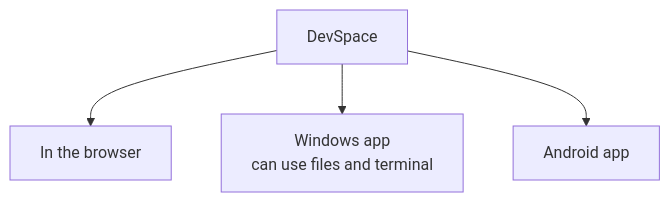
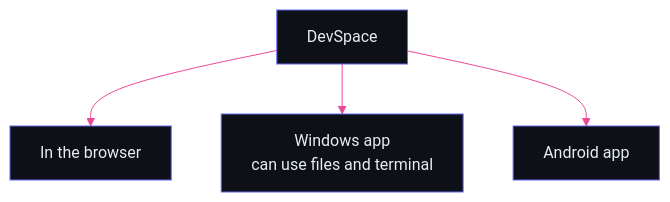
One commit to F0rger123/devspace changed the second of 3 diagrams in README.md. Above: the diagram before and after it, drawn with Mermaid. The commit also changed other lines of this file, not shown here.

Commit message:
docs: refresh README (colored diagrams, current visibility and description) [skip ci]

````diff
--- a/README.md
+++ b/README.md
@@ -67,6 +68,7 @@
 ```mermaid
+%%{init: {'theme':'base','themeVariables':{'primaryColor':'#0d1117','primaryTextColor':'#e6edf3','primaryBorderColor':'#6366f1','lineColor':'#ec4899','secondaryColor':'#161b22','tertiaryColor':'#0d1117','clusterBkg':'transparent','clusterBorder':'#6366f1','noteBkgColor':'#161b22','noteTextColor':'#e6edf3','actorBkg':'#0d1117','actorTextColor':'#e6edf3','actorBorder':'#6366f1','signalColor':'#ec4899','signalTextColor':'#ec4899','labelBoxBkgColor':'#0d1117','fontFamily':'inherit'}}}%%
 flowchart TB
     Core["DevSpace"] --> Web["In the browser"]
     Core --> Win["Windows app<br/>can use files and terminal"]
     Core --> Android["Android app"]
 ```
````
